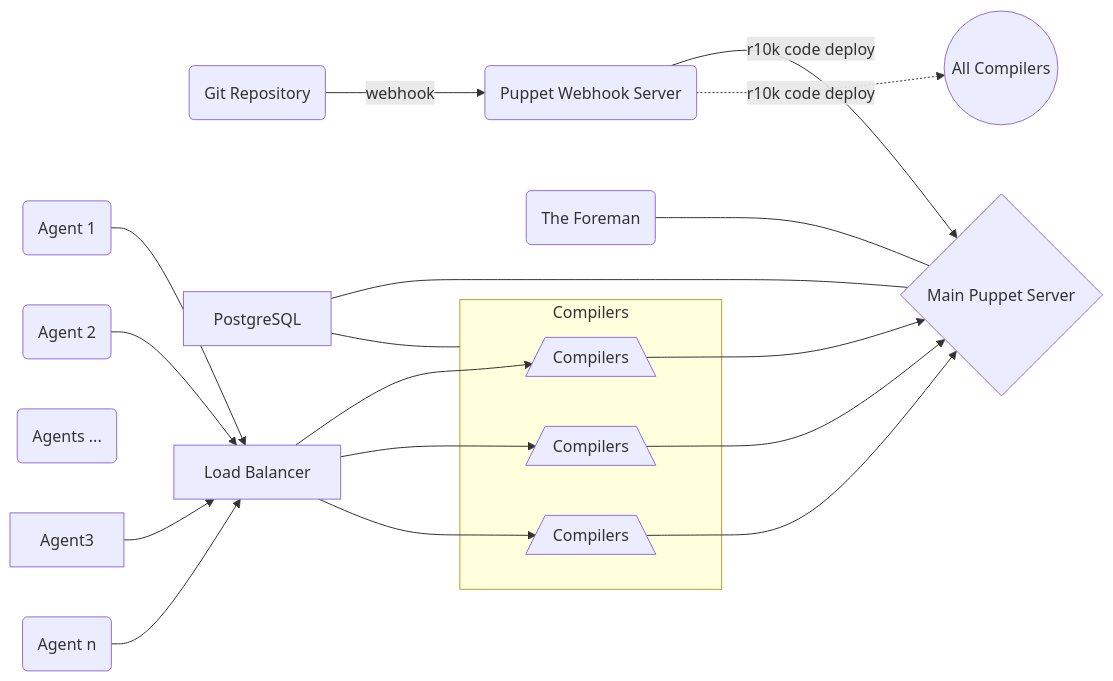
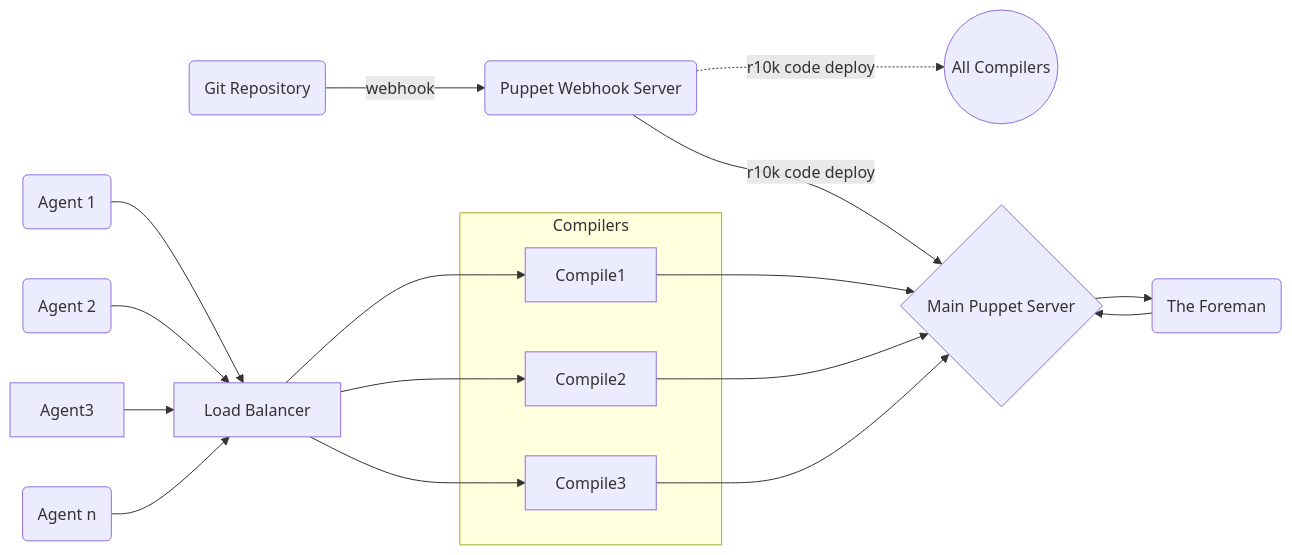
One commit to voxpupuli/voxpupuli.github.io changed the diagram in _docs/arch_load_balanced.md. Above: the diagram before and after it, drawn with Mermaid. The commit also changed other lines of this file, not shown here.

Commit message:
update large description

```diff
--- a/_docs/arch_load_balanced.md
+++ b/_docs/arch_load_balanced.md
@@ -15,48 +15,44 @@
 <div class="mermaid">
   graph LR;
   git(Git Repository)
   Foreman(The Foreman)
   Webhook(Puppet Webhook Server)
   AllCompilers((All Compilers))
 
-  PostgreSQL
-
   MainPuppetServer{Main Puppet Server}
 
   subgraph Compilers[Compilers]
-      Compile1[/Compilers\]
-      Compile2[/Compilers\]
-      Compile3[/Compilers\]
+      Compile1[Compile1]
+      Compile2[Compile2]
+      Compile3[Compile3]
   end
 
   LoadBalancer[Load Balancer]
 
   Agent1(Agent 1)
   Agent2(Agent 2)
-  Agents(Agents ...)
   Agent_n(Agent n)
 
   click Foreman "https://www.theforeman.org" "Foreman is a complete lifecycle management tool for physical and virtual servers."
   click Webhook "https://github.com/voxpupuli/puppet_webhook" "A webhook service that can trigger code deploys from source code repository updates."
 
   git --webhook--> Webhook
   Webhook --r10k code deploy--> MainPuppetServer
   Webhook -.r10k code deploy.-> AllCompilers
 
-  PostgreSQL --- MainPuppetServer
-  PostgreSQL --- Compilers
-  Foreman --- MainPuppetServer
+  Foreman --> MainPuppetServer
+  MainPuppetServer --> Foreman
 
   Compile1 --> MainPuppetServer
   Compile2 --> MainPuppetServer
   Compile3 --> MainPuppetServer
 
   LoadBalancer --> Compile1
   LoadBalancer --> Compile2
   LoadBalancer --> Compile3
 
   Agent1 --> LoadBalancer
   Agent2 --> LoadBalancer
   Agent3 --> LoadBalancer
   Agent_n --> LoadBalancer
 </div>
```
